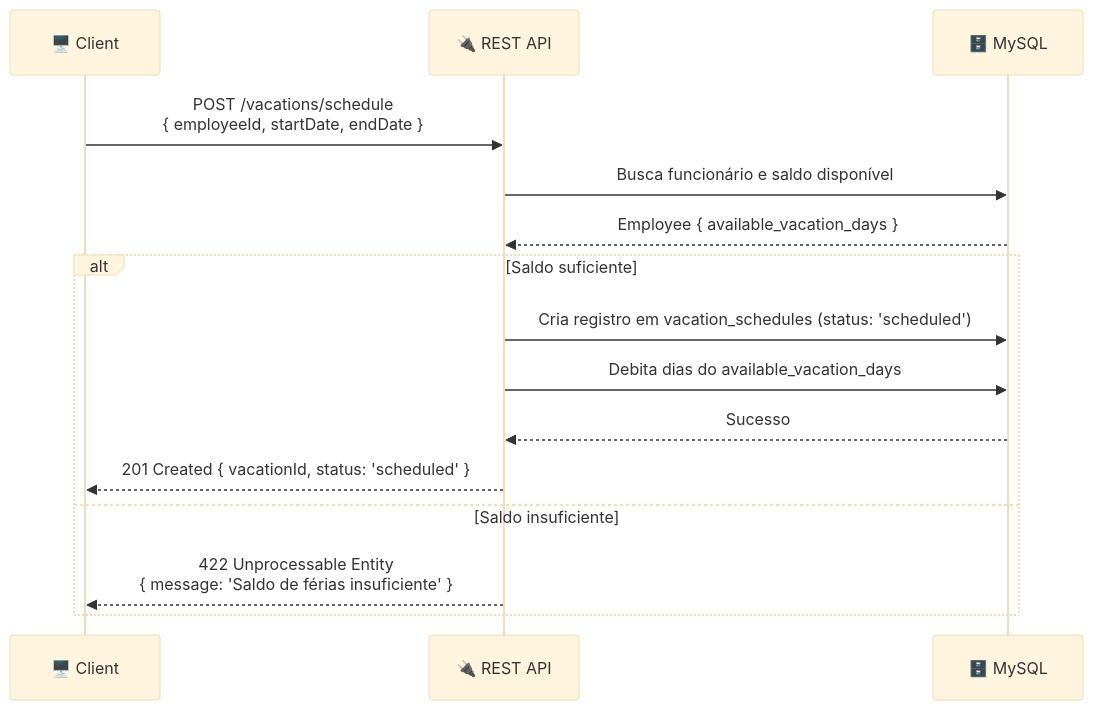
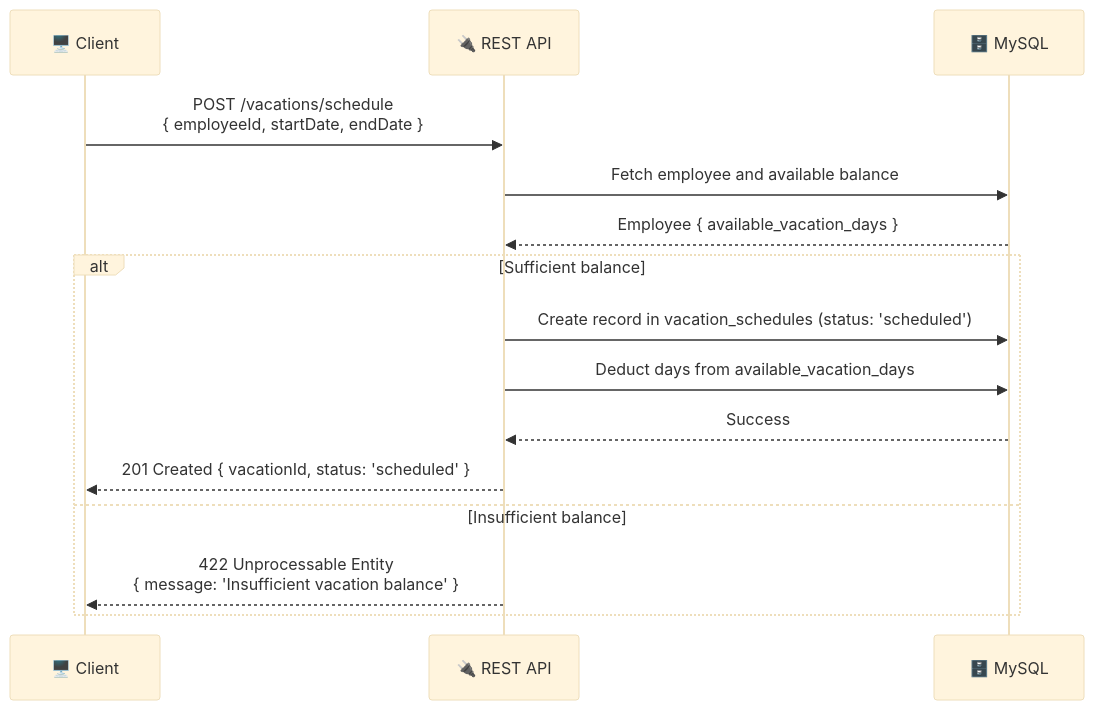
The fifth of 5 diagrams in README.md (matheuzsr/nest-kafka-mysql), drawn with Mermaid (base theme) before and after one commit. The commit also changed other lines of this file, not shown here.

````diff
--- a/README.md
+++ b/README.md
@@ -192,19 +192,19 @@
 ```mermaid
 sequenceDiagram
     participant Client as 🖥️ Client
     participant API as 🔌 REST API
     participant DB as 🗄️ MySQL
 
     Client->>API: POST /vacations/schedule<br/>{ employeeId, startDate, endDate }
-    API->>DB: Busca funcionário e saldo disponível
+    API->>DB: Fetch employee and available balance
     DB-->>API: Employee { available_vacation_days }
 
-    alt Saldo suficiente
-        API->>DB: Cria registro em vacation_schedules (status: 'scheduled')
-        API->>DB: Debita dias do available_vacation_days
-        DB-->>API: Sucesso
+    alt Sufficient balance
+        API->>DB: Create record in vacation_schedules (status: 'scheduled')
+        API->>DB: Deduct days from available_vacation_days
+        DB-->>API: Success
         API-->>Client: 201 Created { vacationId, status: 'scheduled' }
-    else Saldo insuficiente
-        API-->>Client: 422 Unprocessable Entity<br/>{ message: 'Saldo de férias insuficiente' }
+    else Insufficient balance
+        API-->>Client: 422 Unprocessable Entity<br/>{ message: 'Insufficient vacation balance' }
     end
 ```
````
